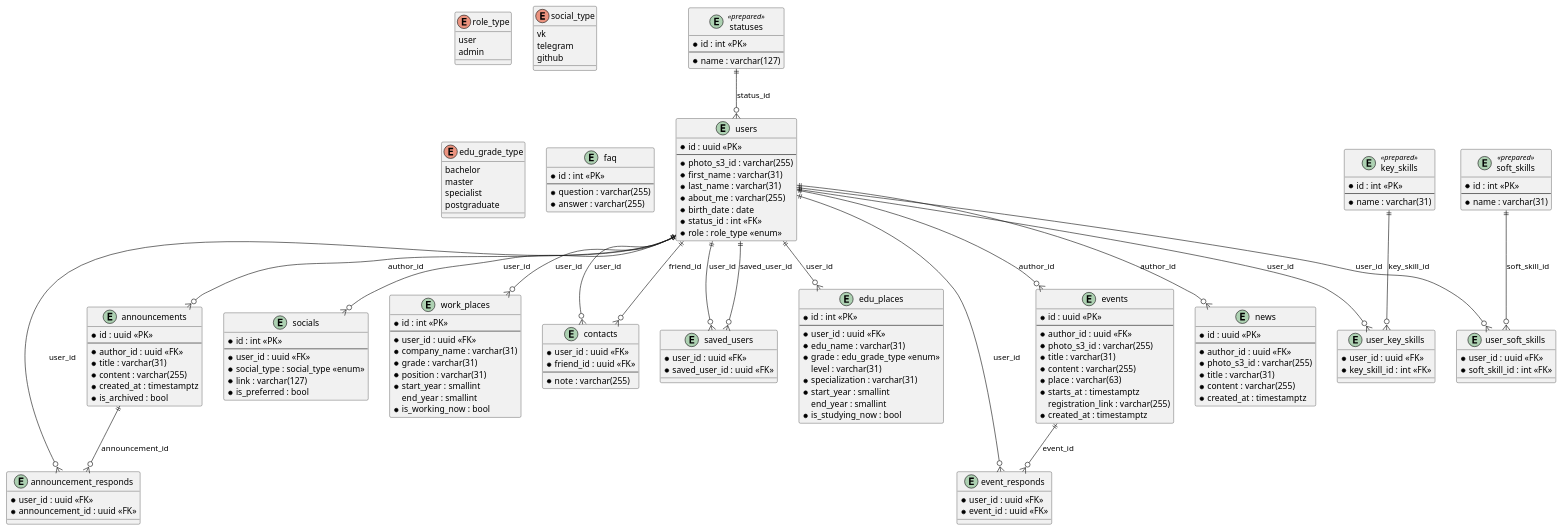
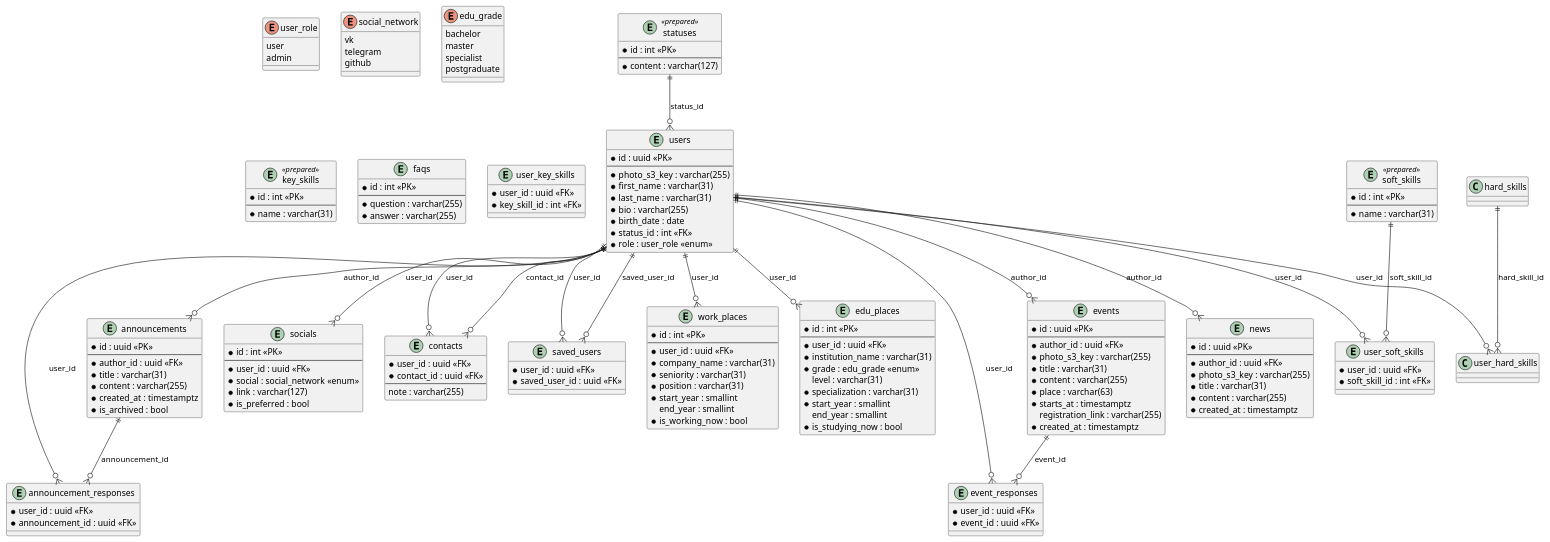
One commit to RuslanKarabalin/cu-faculty-backend changed the diagram in docs/database.puml. Above: the diagram before and after it, drawn with PlantUML. The commit also changed 1 other file, not shown here.

Commit message:
feat: fix schema and start migration setup

```diff
--- a/docs/database.puml
+++ b/docs/database.puml
@@ -1,190 +1,190 @@
 @startuml database
 
-enum "role_type" {
+enum "user_role" {
   user
   admin
 }
 
-enum "social_type" {
+enum "social_network" {
   vk
   telegram
   github
 }
 
-enum "edu_grade_type" {
+enum "edu_grade" {
   bachelor
   master
   specialist
   postgraduate
 }
 
 entity "statuses" <<prepared>> {
   * id : int <<PK>>
   --
-  * name : varchar(127)
+  * content : varchar(127)
 }
 
 entity "key_skills" <<prepared>> {
   * id : int <<PK>>
   --
   * name : varchar(31)
 }
 
 entity "soft_skills" <<prepared>> {
   * id : int <<PK>>
   --
   * name : varchar(31)
 }
 
 
 entity "users" {
   * id : uuid <<PK>>
   --
-  * photo_s3_id : varchar(255)
+  * photo_s3_key : varchar(255)
   * first_name : varchar(31)
   * last_name : varchar(31)
-  * about_me : varchar(255)
+  * bio : varchar(255)
   * birth_date : date
   * status_id : int <<FK>>
-  * role : role_type <<enum>>
+  * role : user_role <<enum>>
 }
 
 entity "socials" {
   * id : int <<PK>>
   --
   * user_id : uuid <<FK>>
-  * social_type : social_type <<enum>>
+  * social : social_network <<enum>>
   * link : varchar(127)
   * is_preferred : bool
 }
 
 entity "work_places" {
   * id : int <<PK>>
   --
   * user_id : uuid <<FK>>
   * company_name : varchar(31)
-  * grade : varchar(31)
+  * seniority : varchar(31)
   * position : varchar(31)
   * start_year : smallint
   end_year : smallint
   * is_working_now : bool
 }
 
 entity "edu_places" {
   * id : int <<PK>>
   --
   * user_id : uuid <<FK>>
-  * edu_name : varchar(31)
-  * grade : edu_grade_type <<enum>>
+  * institution_name : varchar(31)
+  * grade : edu_grade <<enum>>
   level : varchar(31)
   * specialization : varchar(31)
   * start_year : smallint
   end_year : smallint
   * is_studying_now : bool
 }
 
-entity "faq" {
+entity "faqs" {
   * id : int <<PK>>
   --
   * question : varchar(255)
   * answer : varchar(255)
 }
 
 entity "announcements" {
   * id : uuid <<PK>>
   --
   * author_id : uuid <<FK>>
   * title : varchar(31)
   * content : varchar(255)
   * created_at : timestamptz
   * is_archived : bool
 }
 
 entity "news" {
   * id : uuid <<PK>>
   --
   * author_id : uuid <<FK>>
-  * photo_s3_id : varchar(255)
+  * photo_s3_key : varchar(255)
   * title : varchar(31)
   * content : varchar(255)
   * created_at : timestamptz
 }
 
 entity "events" {
   * id : uuid <<PK>>
   --
   * author_id : uuid <<FK>>
-  * photo_s3_id : varchar(255)
+  * photo_s3_key : varchar(255)
   * title : varchar(31)
   * content : varchar(255)
   * place : varchar(63)
   * starts_at : timestamptz
   registration_link : varchar(255)
   * created_at : timestamptz
 }
 
 
 entity "user_key_skills" {
   * user_id : uuid <<FK>>
   * key_skill_id : int <<FK>>
 }
 
 entity "user_soft_skills" {
   * user_id : uuid <<FK>>
   * soft_skill_id : int <<FK>>
 }
 
 entity "contacts" {
   * user_id : uuid <<FK>>
-  * friend_id : uuid <<FK>>
+  * contact_id : uuid <<FK>>
   --
-  * note : varchar(255)
+  note : varchar(255)
 }
 
 entity "saved_users" {
   * user_id : uuid <<FK>>
   * saved_user_id : uuid <<FK>>
 }
 
-entity "announcement_responds" {
+entity "announcement_responses" {
   * user_id : uuid <<FK>>
   * announcement_id : uuid <<FK>>
 }
 
-entity "event_responds" {
+entity "event_responses" {
   * user_id : uuid <<FK>>
   * event_id : uuid <<FK>>
 }
 
 
-statuses        ||--o{ users                  : "status_id"
+statuses        ||--o{ users                    : "status_id"
 
-users           ||--o{ socials                : "user_id"
+users           ||--o{ socials                  : "user_id"
 
-users           ||--o{ work_places            : "user_id"
+users           ||--o{ work_places              : "user_id"
 
-users           ||--o{ edu_places             : "user_id"
+users           ||--o{ edu_places               : "user_id"
 
-users           ||--o{ user_key_skills        : "user_id"
-key_skills      ||--o{ user_key_skills        : "key_skill_id"
+users           ||--o{ user_hard_skills         : "user_id"
+hard_skills     ||--o{ user_hard_skills         : "hard_skill_id"
 
-users           ||--o{ user_soft_skills       : "user_id"
-soft_skills     ||--o{ user_soft_skills       : "soft_skill_id"
+users           ||--o{ user_soft_skills         : "user_id"
+soft_skills     ||--o{ user_soft_skills         : "soft_skill_id"
 
-users           ||--o{ contacts               : "user_id"
-users           ||--o{ contacts               : "friend_id"
+users           ||--o{ contacts                 : "user_id"
+users           ||--o{ contacts                 : "contact_id"
 
-users           ||--o{ saved_users            : "user_id"
-users           ||--o{ saved_users            : "saved_user_id"
+users           ||--o{ saved_users              : "user_id"
+users           ||--o{ saved_users              : "saved_user_id"
 
-users           ||--o{ announcements          : "author_id"
-announcements   ||--o{ announcement_responds  : "announcement_id"
-users           ||--o{ announcement_responds  : "user_id"
+users           ||--o{ announcements            : "author_id"
+announcements   ||--o{ announcement_responses   : "announcement_id"
+users           ||--o{ announcement_responses   : "user_id"
 
-users           ||--o{ news                   : "author_id"
+users           ||--o{ news                     : "author_id"
 
-users           ||--o{ events                 : "author_id"
-events          ||--o{ event_responds         : "event_id"
-users           ||--o{ event_responds         : "user_id"
+users           ||--o{ events                   : "author_id"
+events          ||--o{ event_responses          : "event_id"
+users           ||--o{ event_responses          : "user_id"
 
 @enduml
```
